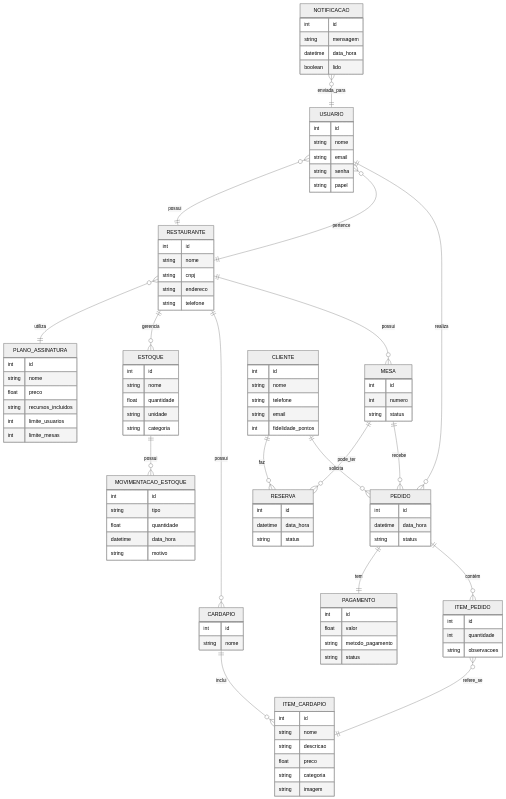
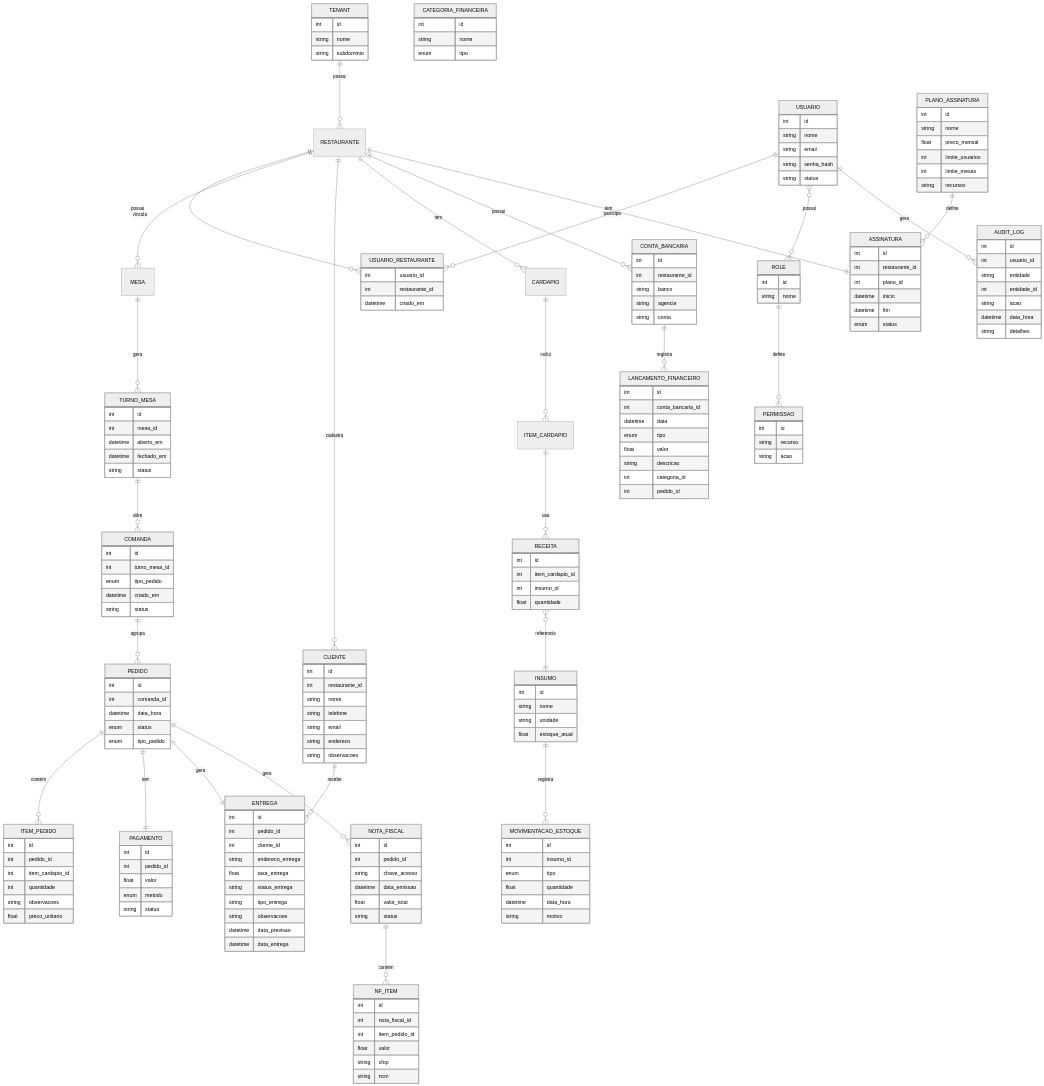
One commit to norwalneto/MesaPro-Backend changed the diagram in README.md. Above: the diagram before and after it, drawn with Mermaid (neutral theme).

Commit message:
Implementando modelo de dados do SaaS no README.md

````diff
--- a/README.md
+++ b/README.md
@@ -4,128 +4,218 @@
 ```mermaid
 erDiagram
-    USUARIO ||--o{ PEDIDO : realiza
-    USUARIO }o--|| RESTAURANTE : pertence
-    RESTAURANTE ||--o{ USUARIO : possui
-    RESTAURANTE ||--o{ MESA : possui
-    RESTAURANTE ||--o{ CARDAPIO : possui
-    RESTAURANTE ||--o{ ESTOQUE : gerencia
-    RESTAURANTE }o--|| PLANO_ASSINATURA : utiliza
-
-    MESA ||--o{ PEDIDO : recebe
-    MESA ||--o{ RESERVA : pode_ter
-
-    CLIENTE ||--o{ PEDIDO : solicita
-    CLIENTE ||--o{ RESERVA : faz
-
-    PEDIDO ||--o{ ITEM_PEDIDO : contém
-    ITEM_PEDIDO }o--|| ITEM_CARDAPIO : refere_se
-
-    CARDAPIO ||--o{ ITEM_CARDAPIO : inclui
-
-    PEDIDO ||--|| PAGAMENTO : tem
-
-    ESTOQUE ||--o{ MOVIMENTACAO_ESTOQUE : possui
-
-    NOTIFICACAO }o--|| USUARIO : enviada_para
-
-    PLANO_ASSINATURA {
+    %% Multi-tenancy
+    TENANT ||--o{ RESTAURANTE : possui
+    TENANT {
         int id
         string nome
-        float preco
-        string recursos_incluidos
-        int limite_usuarios
-        int limite_mesas
+        string subdominio
     }
 
+    %% Entidades Principais
+    RESTAURANTE ||--o{ USUARIO_RESTAURANTE : vincula
+    USUARIO ||--o{ USUARIO_RESTAURANTE : participa
+    USUARIO_RESTAURANTE {
+        int usuario_id
+        int restaurante_id
+        datetime criado_em
+    }
     USUARIO {
         int id
         string nome
         string email
-        string senha
-        string papel
-    }
-
-    RESTAURANTE {
-        int id
-        string nome
-        string cnpj
-        string endereco
-        string telefone
-    }
-
-    MESA {
-        int id
-        int numero
+        string senha_hash
         string status
     }
 
-    RESERVA {
+    %% Roles e Permissões
+    USUARIO }o--o{ ROLE : possui
+    ROLE ||--o{ PERMISSAO : define
+    ROLE {
         int id
-        datetime data_hora
+        string nome
+    }
+    PERMISSAO {
+        int id
+        string recurso
+        string acao
+    }
+
+    %% POS / Comandas / Mesas
+    RESTAURANTE ||--o{ MESA : possui
+    MESA ||--o{ TURNO_MESA : gera
+    TURNO_MESA ||--o{ COMANDA : abre
+    TURNO_MESA {
+        int id
+        int mesa_id
+        datetime aberto_em
+        datetime fechado_em
+        string status
+    }
+    COMANDA {
+        int id
+        int turno_mesa_id
+        enum tipo_pedido
+        datetime criado_em
         string status
     }
 
+    %% Clientes (para Delivery)
+    RESTAURANTE ||--o{ CLIENTE : cadastra
+    CLIENTE ||--o{ ENTREGA : recebe
     CLIENTE {
         int id
+        int restaurante_id
         string nome
         string telefone
         string email
-        int fidelidade_pontos
-    }
-
-    CARDAPIO {
-        int id
-        string nome
-    }
-
-    ITEM_CARDAPIO {
-        int id
-        string nome
-        string descricao
-        float preco
-        string categoria
-        string imagem
-    }
-
-    PEDIDO {
-        int id
-        datetime data_hora
-        string status
-    }
-
-    ITEM_PEDIDO {
-        int id
-        int quantidade
+        string endereco
         string observacoes
     }
 
+    %% Pedidos e itens
+    COMANDA ||--o{ PEDIDO : agrupa
+    PEDIDO ||--o{ ITEM_PEDIDO : contém
+    PEDIDO ||--|| PAGAMENTO : tem
+    PEDIDO ||--|| ENTREGA : gera
+    PEDIDO {
+        int id
+        int comanda_id
+        datetime data_hora
+        enum status
+        enum tipo_pedido
+    }
+    ITEM_PEDIDO {
+        int id
+        int pedido_id
+        int item_cardapio_id
+        int quantidade
+        string observacoes
+        float preco_unitario
+    }
     PAGAMENTO {
         int id
+        int pedido_id
         float valor
-        string metodo_pagamento
+        enum metodo
         string status
     }
+    ENTREGA {
+        int id
+        int pedido_id
+        int cliente_id
+        string endereco_entrega
+        float taxa_entrega
+        string status_entrega
+        string tipo_entrega
+        string observacoes
+        datetime data_previsao
+        datetime data_entrega
+    }
 
-    ESTOQUE {
+    %% Cardápio e Estoque
+    RESTAURANTE ||--o{ CARDAPIO : tem
+    CARDAPIO ||--o{ ITEM_CARDAPIO : inclui
+    ITEM_CARDAPIO ||--o{ RECEITA : usa
+    RECEITA }o--|| INSUMO : referencia
+    RECEITA {
+        int id
+        int item_cardapio_id
+        int insumo_id
+        float quantidade
+    }
+    INSUMO {
         int id
         string nome
-        float quantidade
         string unidade
-        string categoria
+        float estoque_atual
     }
 
+    %% Movimentações do Estoque
+    INSUMO ||--o{ MOVIMENTACAO_ESTOQUE : registra
     MOVIMENTACAO_ESTOQUE {
         int id
-        string tipo
+        int insumo_id
+        enum tipo
         float quantidade
         datetime data_hora
         string motivo
     }
 
-    NOTIFICACAO {
+    %% Nota Fiscal Eletrônica
+    PEDIDO ||--o{ NOTA_FISCAL : gera
+    NOTA_FISCAL ||--o{ NF_ITEM : contém
+    NOTA_FISCAL {
         int id
-        string mensagem
+        int pedido_id
+        string chave_acesso
+        datetime data_emissao
+        float valor_total
+        string status
+    }
+    NF_ITEM {
+        int id
+        int nota_fiscal_id
+        int item_pedido_id
+        float valor
+        string cfop
+        string ncm
+    }
+
+    %% Financeiro / Contábil
+    RESTAURANTE ||--o{ CONTA_BANCARIA : possui
+    CONTA_BANCARIA ||--o{ LANCAMENTO_FINANCEIRO : registra
+    CONTA_BANCARIA {
+        int id
+        int restaurante_id
+        string banco
+        string agencia
+        string conta
+    }
+    LANCAMENTO_FINANCEIRO {
+        int id
+        int conta_bancaria_id
+        datetime data
+        enum tipo
+        float valor
+        string descricao
+        int categoria_id
+        int pedido_id
+    }
+    CATEGORIA_FINANCEIRA {
+        int id
+        string nome
+        enum tipo
+    }
+
+    %% Assinaturas / SaaS
+    RESTAURANTE ||--|| ASSINATURA : tem
+    PLANO_ASSINATURA ||--o{ ASSINATURA : define
+    ASSINATURA {
+        int id
+        int restaurante_id
+        int plano_id
+        datetime inicio
+        datetime fim
+        enum status
+    }
+    PLANO_ASSINATURA {
+        int id
+        string nome
+        float preco_mensal
+        int limite_usuarios
+        int limite_mesas
+        string recursos
+    }
+
+    %% Auditoria
+    USUARIO ||--o{ AUDIT_LOG : gera
+    AUDIT_LOG {
+        int id
+        int usuario_id
+        string entidade
+        int entidade_id
+        string acao
         datetime data_hora
-        boolean lido
+        string detalhes
     }
 ```
````
